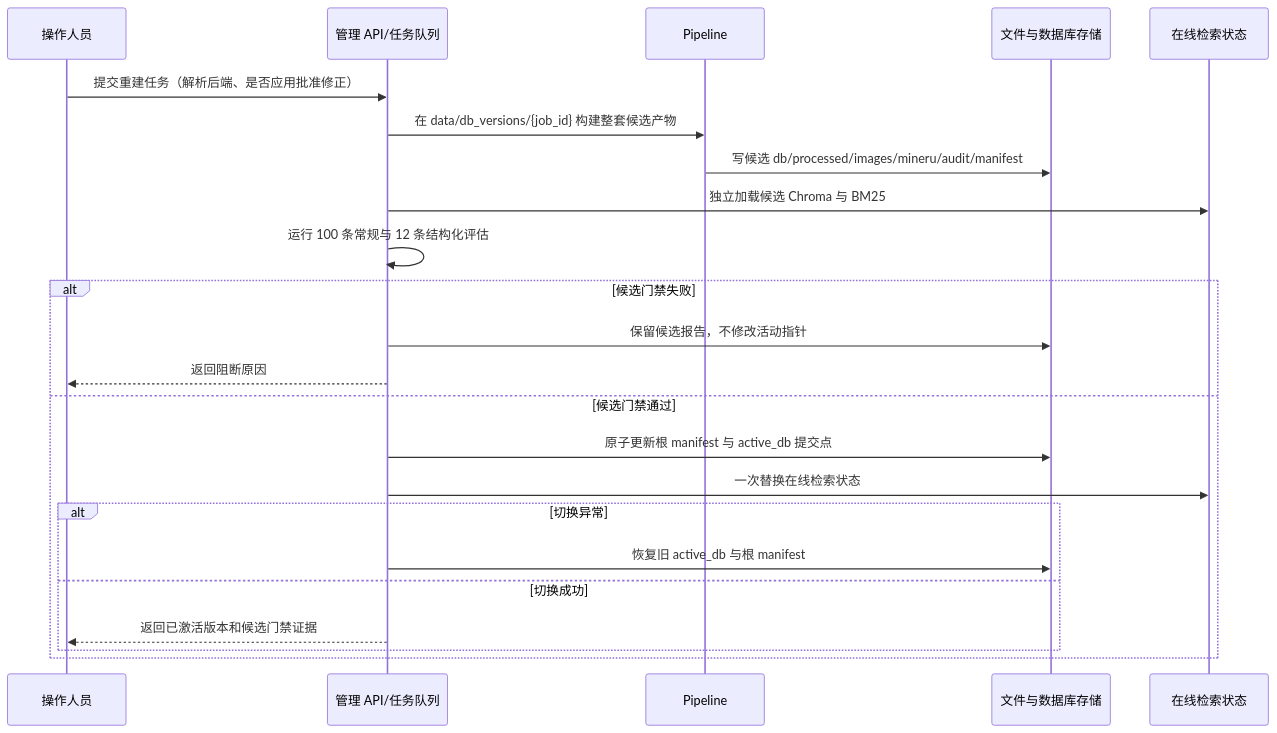
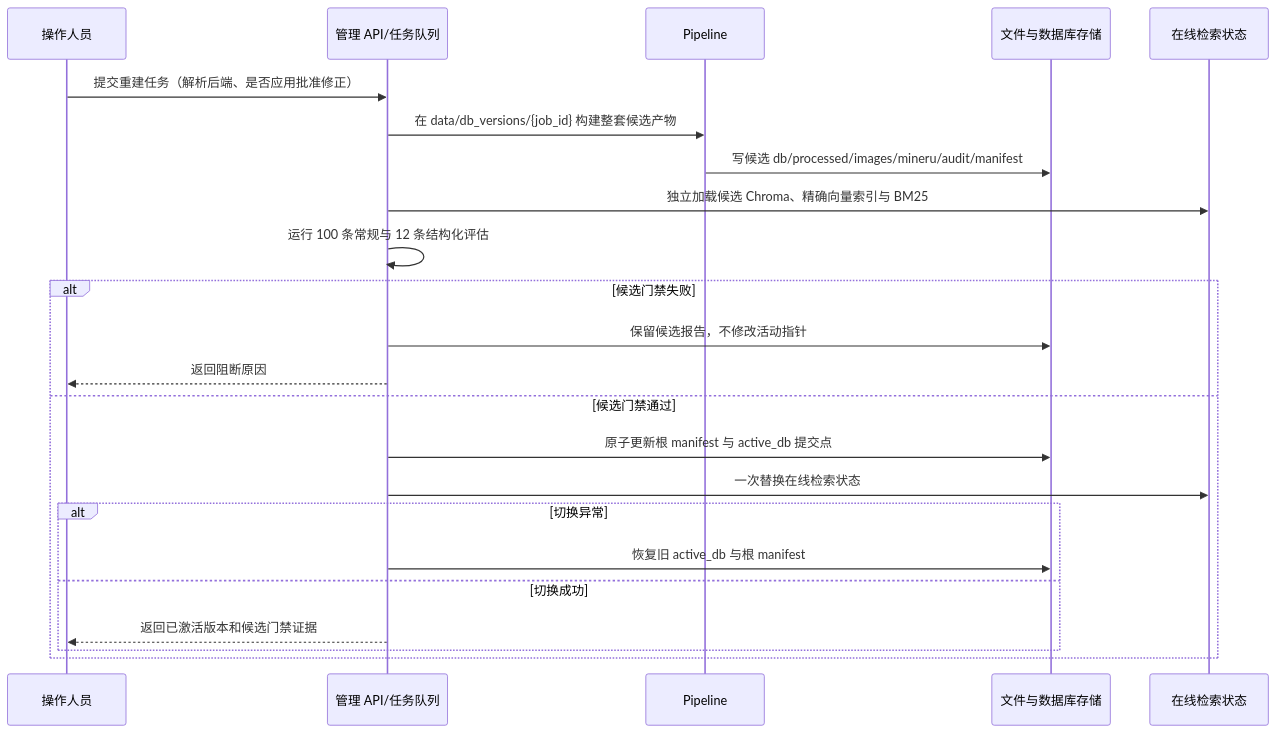
The fourth of 8 diagrams in 结构设计规范知识库/docs/architecture/系统详细设计.md (xiaochongshanww/Portfolio), drawn with Mermaid before and after one commit. The commit also changed other lines of this file and 18 other files, not shown here.

````diff
--- a/结构设计规范知识库/docs/architecture/系统详细设计.md
+++ b/结构设计规范知识库/docs/architecture/系统详细设计.md
@@ -161,25 +162,25 @@
 ```mermaid
 sequenceDiagram
     participant O as 操作人员
     participant A as 管理 API/任务队列
     participant P as Pipeline
     participant S as 文件与数据库存储
     participant R as 在线检索状态
     O->>A: 提交重建任务（解析后端、是否应用批准修正）
     A->>P: 在 data/db_versions/{job_id} 构建整套候选产物
     P->>S: 写候选 db/processed/images/mineru/audit/manifest
-    A->>R: 独立加载候选 Chroma 与 BM25
+    A->>R: 独立加载候选 Chroma、精确向量索引与 BM25
     A->>A: 运行 100 条常规与 12 条结构化评估
     alt 候选门禁失败
         A->>S: 保留候选报告，不修改活动指针
         A-->>O: 返回阻断原因
     else 候选门禁通过
         A->>S: 原子更新根 manifest 与 active_db 提交点
         A->>R: 一次替换在线检索状态
         alt 切换异常
             A->>S: 恢复旧 active_db 与根 manifest
         else 切换成功
             A-->>O: 返回已激活版本和候选门禁证据
         end
     end
 ```
````
